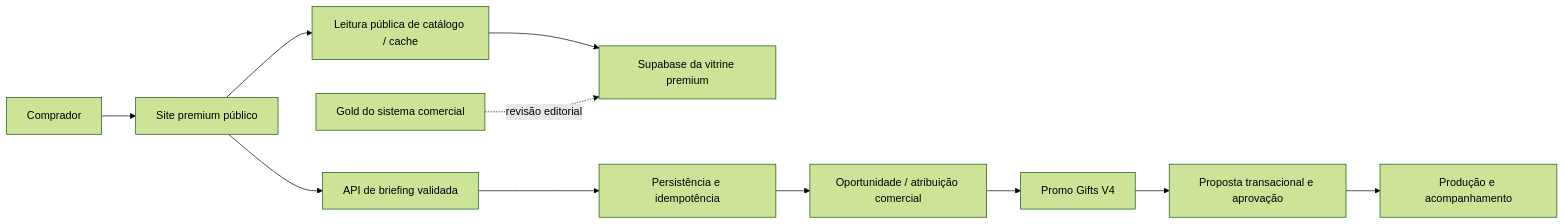
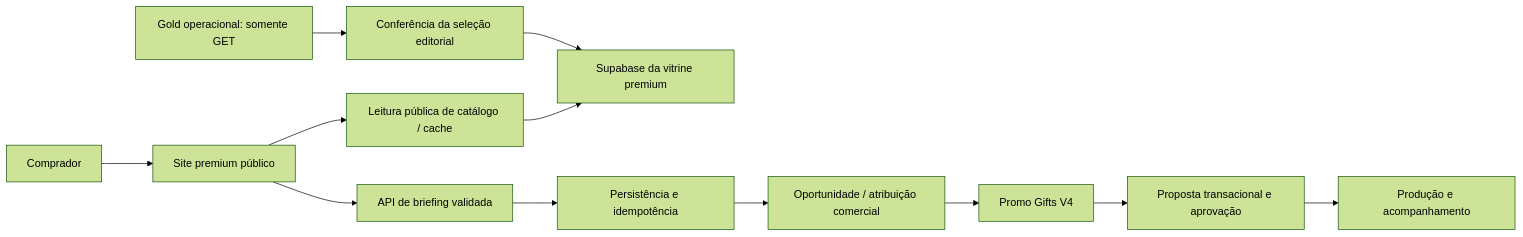
Before and after one commit to adm01-debug/Promo_Brindes_Premium_V1: the diagram in docs/ARQUITETURA_E_INTEGRACAO.md, drawn with Mermaid (forest theme). The commit also changed other lines of this file and 16 other files, not shown here.

````diff
--- a/docs/ARQUITETURA_E_INTEGRACAO.md
+++ b/docs/ARQUITETURA_E_INTEGRACAO.md
@@ -9,13 +9,14 @@
 ```mermaid
 flowchart LR
   B[Comprador] --> W[Site premium público]
   W --> C[Leitura pública de catálogo / cache]
   C --> V[Supabase da vitrine premium]
-  G[Gold do sistema comercial] -. revisão editorial .-> V
+  G[Gold operacional: somente GET] --> S[Conferência da seleção editorial]
+  S --> V
   W --> A[API de briefing validada]
   A --> I[Persistência e idempotência]
   I --> O[Oportunidade / atribuição comercial]
   O --> P[Promo Gifts V4]
   P --> Q[Proposta transacional e aprovação]
   Q --> R[Produção e acompanhamento]
 ```
````
